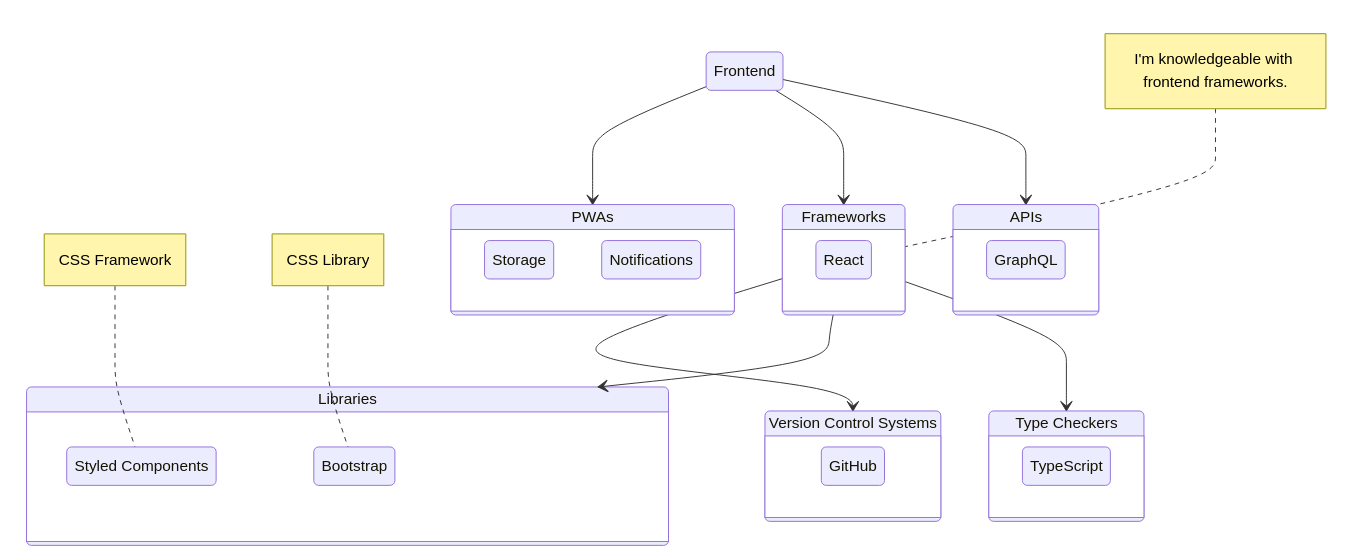
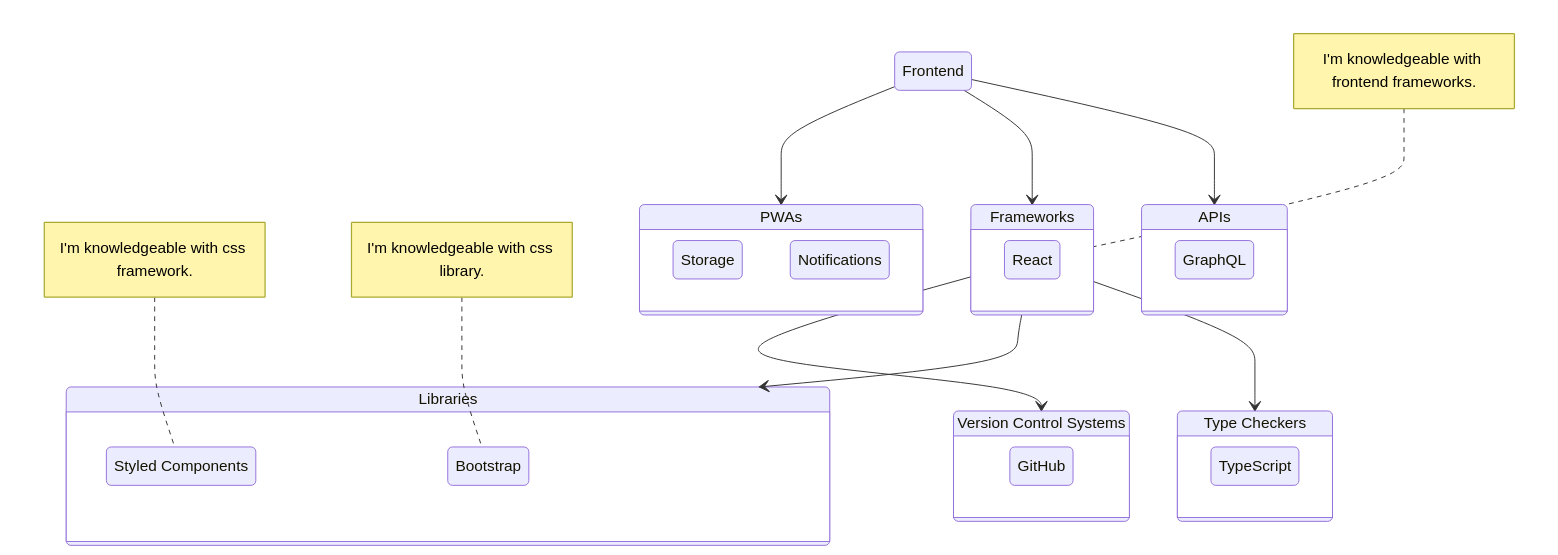
One commit to farunurisonmez/farunurisonmez changed the second of 4 diagrams in README.md. Above: the diagram before and after it, drawn with Mermaid.

````diff
--- a/README.md
+++ b/README.md
@@ -54,34 +54,34 @@
 ```mermaid
   stateDiagram-v2
     Frontend --> PWAs
       state PWAs {
         Storage
         Notifications
       }
     Frontend --> Frameworks
       note left of Frameworks : I'm knowledgeable with frontend frameworks.
       state Frameworks {
         React
       }
     VersionControlSystems: Version Control Systems
     Frameworks --> VersionControlSystems
       state VersionControlSystems {
         GitHub
       }
     Frontend --> APIs
       state APIs {
         Graphql: GraphQL
       }
     Frameworks --> Libraries
       state Libraries {
         StyledComponents: Styled Components
-        note left of StyledComponents : CSS Framework
+        note left of StyledComponents : I'm knowledgeable with css framework.
         Bootstrap: Bootstrap
-        note left of Bootstrap : CSS Library
+        note left of Bootstrap : I'm knowledgeable with css library.
       }
     TypeCheckers:Type Checkers
     Frameworks --> TypeCheckers
        state TypeCheckers {
         TypeScript: TypeScript
       }
 ```
````
